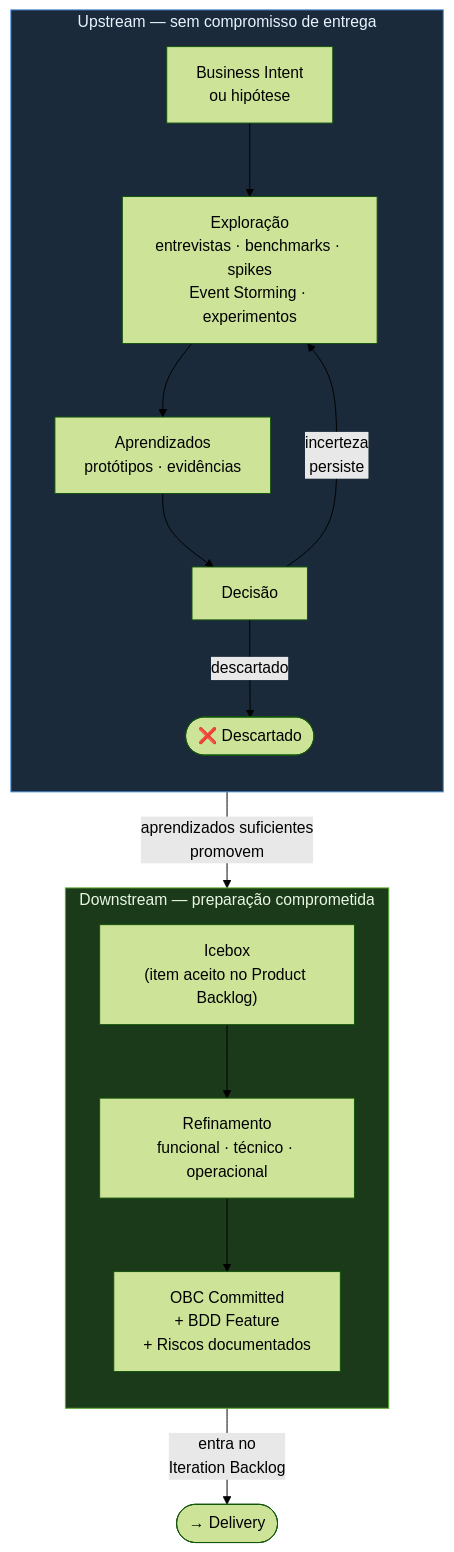
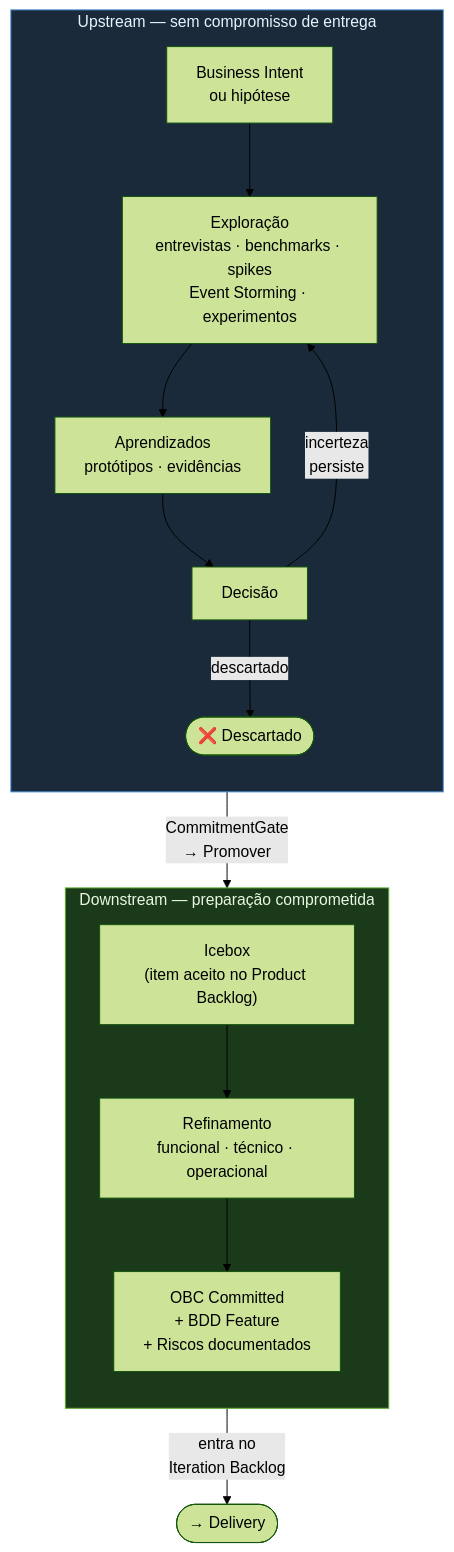
The diagram in prodops/framework/journeys/discovery/README.md (produtoreativo/prodops-framework), drawn with Mermaid (forest theme) before and after one commit. The commit also changed other lines of this file and 10 other files, not shown here.

````diff
--- a/prodops/framework/journeys/discovery/README.md
+++ b/prodops/framework/journeys/discovery/README.md
@@ -3,27 +3,27 @@
 ```mermaid
 flowchart TD
     subgraph UP["Upstream — sem compromisso de entrega"]
         direction TB
         INT["Business Intent\nou hipótese"]
         EXP["Exploração\nentrevistas · benchmarks · spikes\nEvent Storming · experimentos"]
         LEARN["Aprendizados\nprotótipos · evidências"]
         DISC["Decisão"]
         INT --> EXP --> LEARN --> DISC
         DISC -->|"incerteza\npersiste"| EXP
         DISC -->|"descartado"| DISCARD(["❌ Descartado"])
     end
 
     subgraph DOWN["Downstream — preparação comprometida"]
         direction TB
         ICE["Icebox\n(item aceito no Product Backlog)"]
         REF["Refinamento\nfuncional · técnico · operacional"]
         OBC["OBC Committed\n+ BDD Feature\n+ Riscos documentados"]
         ICE --> REF --> OBC
     end
 
-    DISC -->|"aprendizados suficientes\npromovem"| DOWN
+    DISC -->|"CommitmentGate\n→ Promover"| DOWN
     OBC -->|"entra no\nIteration Backlog"| NEXT(["→ Delivery"])
 
     style UP fill:#1a2a3a,stroke:#4a90d9,color:#e8f4fd
     style DOWN fill:#1a3a1a,stroke:#5aad2a,color:#eaf7e4
 ```
````
